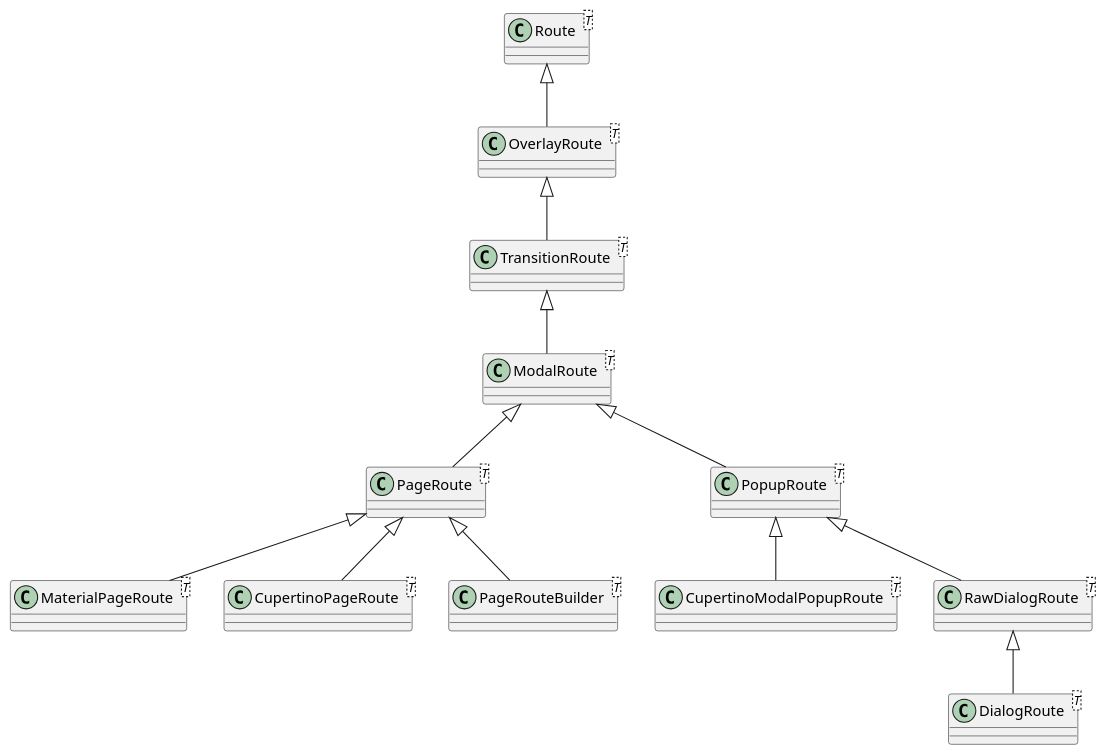
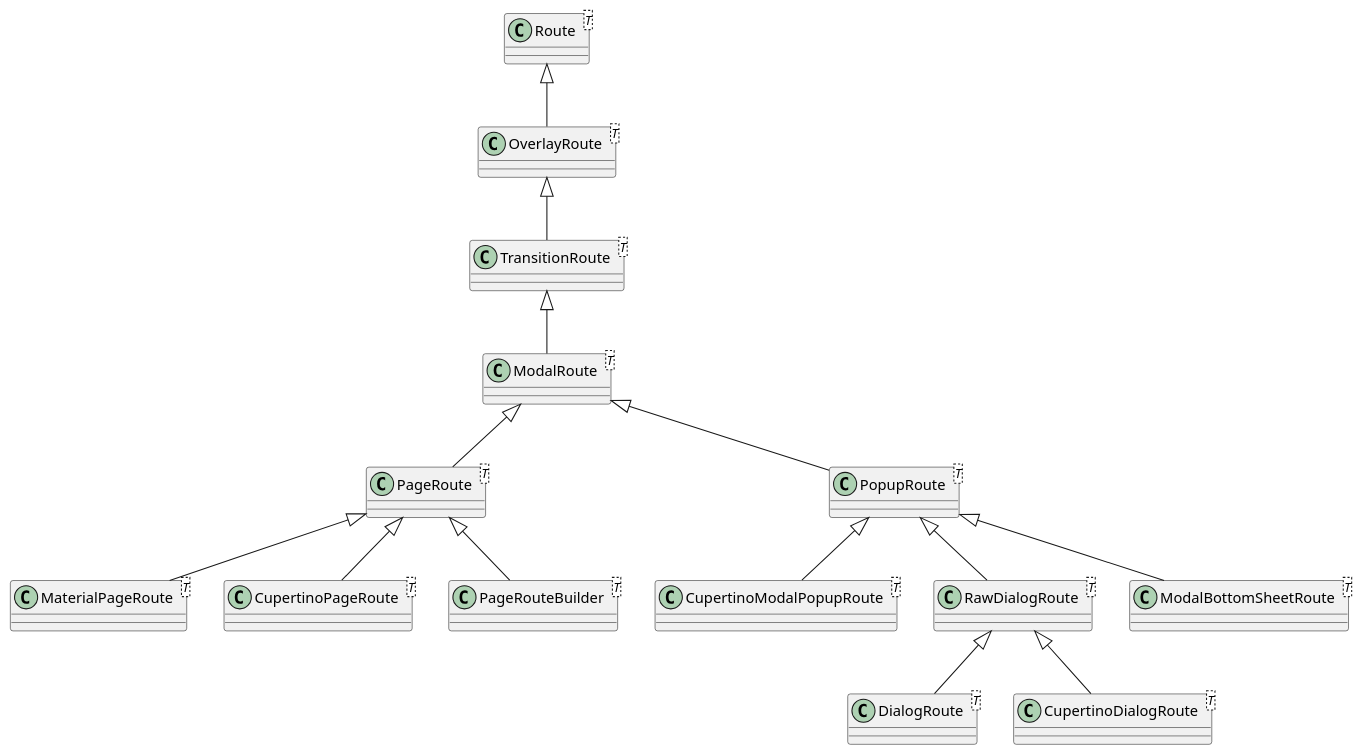
Before and after one commit to tamas-p/hisma: the first of 7 diagrams in packages/hisma_flutter/doc/flutter_routing_study/routing_class_diagrams.plantuml, drawn with PlantUML. The commit also changed 11 other files, not shown here.

```diff
--- a/packages/hisma_flutter/doc/flutter_routing_study/routing_class_diagrams.plantuml
+++ b/packages/hisma_flutter/doc/flutter_routing_study/routing_class_diagrams.plantuml
@@ -1,26 +1,30 @@
 @startuml Route
 class Route<T>
 class OverlayRoute<T>
 class TransitionRoute<T>
 class ModalRoute<T>
 class PageRoute<T>
 class PopupRoute<T>
 class CupertinoModalPopupRoute<T>
 class RawDialogRoute<T> 
 class MaterialPageRoute<T>
 class CupertinoPageRoute<T>
 class PageRouteBuilder<T>
 class DialogRoute<T>
+class ModalBottomSheetRoute<T>
+class CupertinoDialogRoute<T>
 
 Route <|-- OverlayRoute
 OverlayRoute <|-- TransitionRoute
 TransitionRoute <|-- ModalRoute
 ModalRoute <|-- PageRoute
 ModalRoute <|-- PopupRoute
 PopupRoute <|-- CupertinoModalPopupRoute
 PopupRoute <|-- RawDialogRoute
+PopupRoute <|-- ModalBottomSheetRoute
 RawDialogRoute <|-- DialogRoute
+RawDialogRoute <|-- CupertinoDialogRoute
 PageRoute <|-- MaterialPageRoute
 PageRoute <|-- CupertinoPageRoute
 PageRoute <|-- PageRouteBuilder
 @enduml
```
